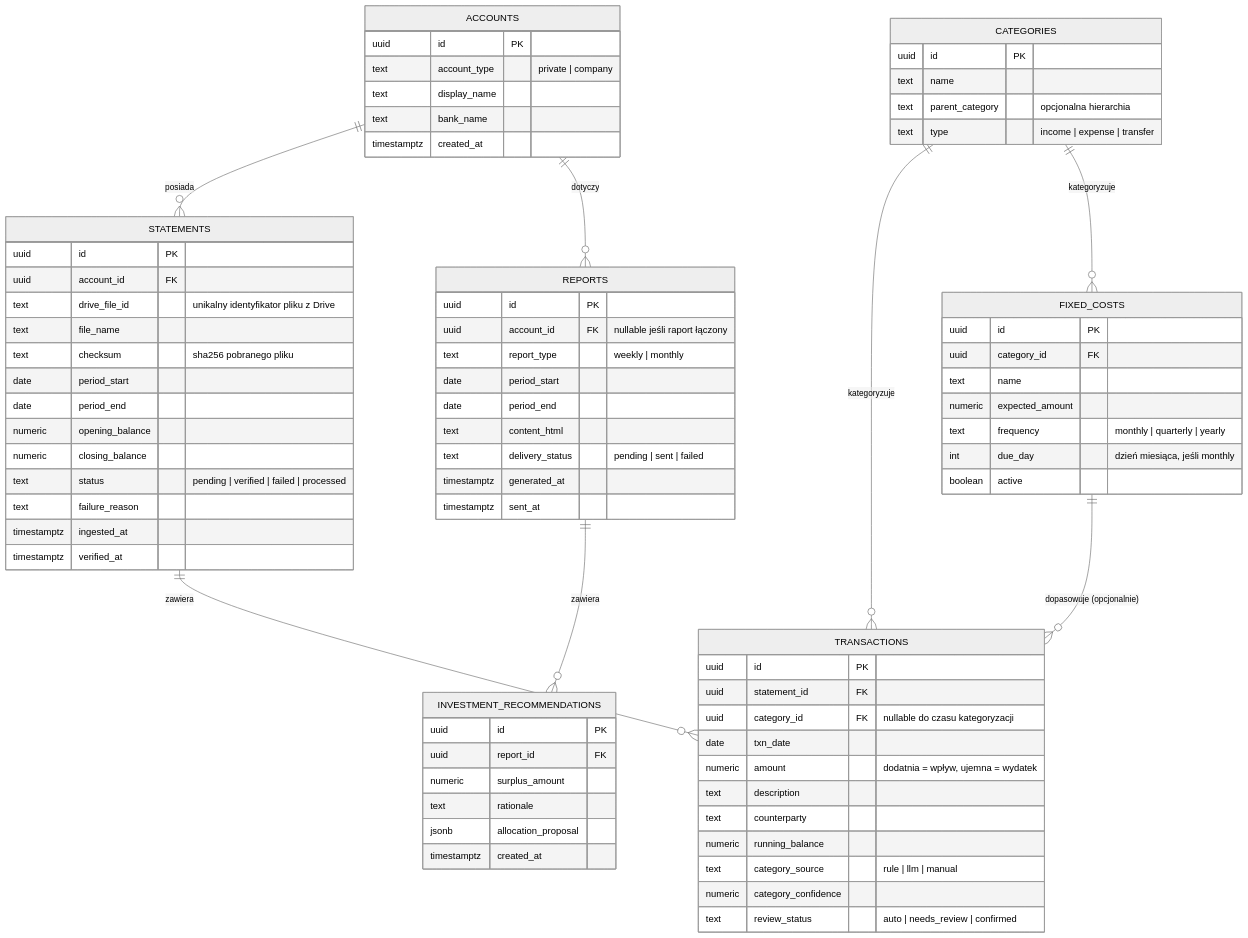
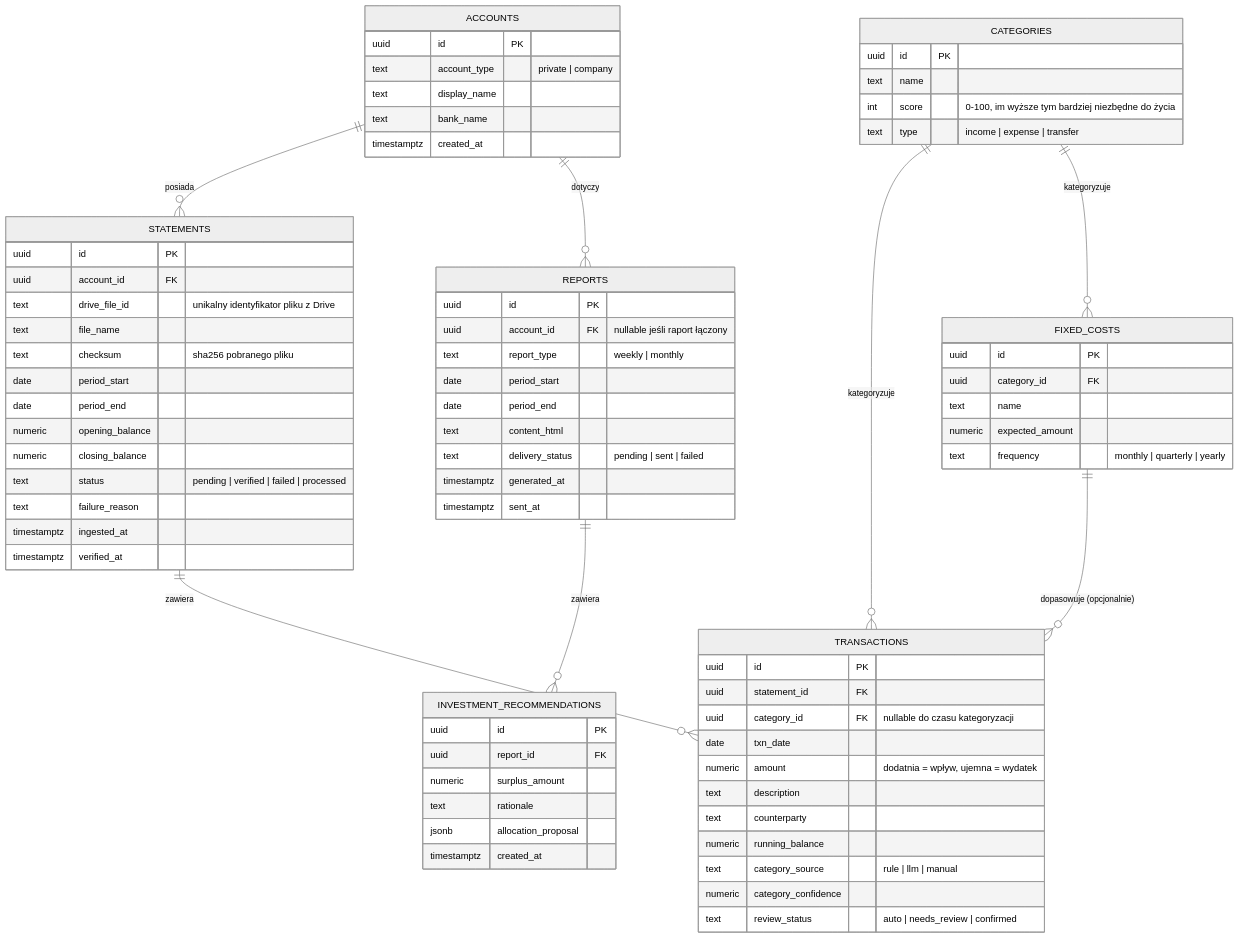
Before and after one commit to jakubwilk/ai-finance-agent: the diagram in docs/01-spec-data-model.md, drawn with Mermaid (neutral theme). The commit also changed other lines of this file and 3 other files, not shown here.

```diff
--- a/docs/01-spec-data-model.md
+++ b/docs/01-spec-data-model.md
@@ -76,7 +79,7 @@
     CATEGORIES {
         uuid id PK
         text name
-        text parent_category "opcjonalna hierarchia"
+        int score "0-100, im wyższe tym bardziej niezbędne do życia"
         text type "income | expense | transfer"
     }
 
@@ -86,8 +89,6 @@
         text name
         numeric expected_amount
         text frequency "monthly | quarterly | yearly"
-        int due_day "dzień miesiąca, jeśli monthly"
-        boolean active
     }
 
     REPORTS {
```
